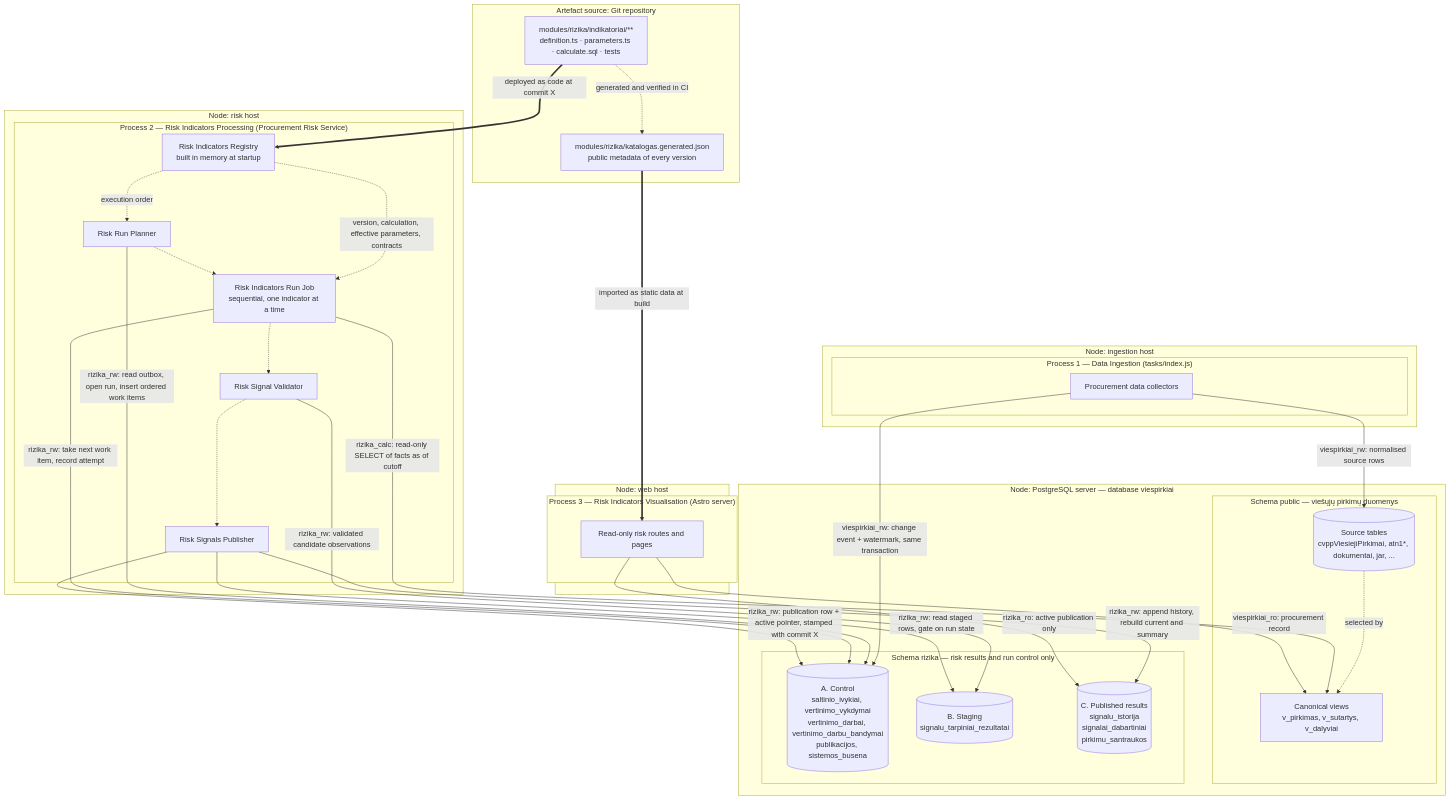
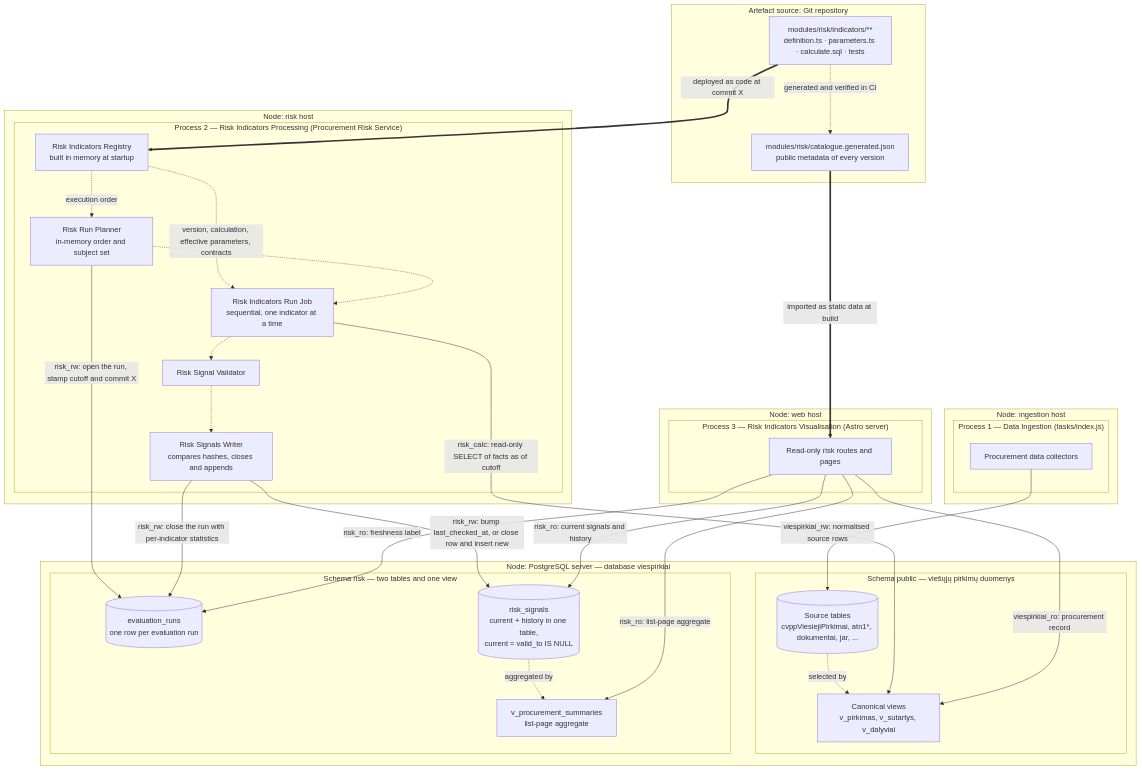
One commit to Viespirkiu-grupe/viespirkiai changed the first of 6 diagrams in docs/indicators-story/risk-indicators-public-page-and-maintenance.md. Above: the diagram before and after it, drawn with Mermaid. The commit also changed other lines of this file and 2 other files, not shown here.

Commit message:
added tables reading description and various doc updates

````diff
--- a/docs/indicators-story/risk-indicators-public-page-and-maintenance.md
+++ b/docs/indicators-story/risk-indicators-public-page-and-maintenance.md
@@ -52,63 +55,62 @@
 ```mermaid
 flowchart TB
     subgraph nGit["Artefact source: Git repository"]
-        gDef["modules/rizika/indikatoriai/**<br/>definition.ts · parameters.ts · calculate.sql · tests"]
-        gCat["modules/rizika/katalogas.generated.json<br/>public metadata of every version"]
+        gDef["modules/risk/indicators/**<br/>definition.ts · parameters.ts · calculate.sql · tests"]
+        gCat["modules/risk/catalogue.generated.json<br/>public metadata of every version"]
         gDef -.->|"generated and verified in CI"| gCat
     end
 
     subgraph nIngest["Node: ingestion host"]
         subgraph pIng["Process 1 — Data Ingestion (tasks/index.js)"]
             pIngest["Procurement data collectors"]
         end
     end
 
     subgraph nRisk["Node: risk host"]
         subgraph pRisk["Process 2 — Risk Indicators Processing (Procurement Risk Service)"]
             pReg["Risk Indicators Registry<br/>built in memory at startup"]
-            pPlan["Risk Run Planner"]
+            pPlan["Risk Run Planner<br/>in-memory order and subject set"]
             pJob["Risk Indicators Run Job<br/>sequential, one indicator at a time"]
             pVal["Risk Signal Validator"]
-            pPub["Risk Signals Publisher"]
+            pPub["Risk Signals Writer<br/>compares hashes, closes and appends"]
             pReg -.->|"execution order"| pPlan
             pReg -.->|"version, calculation, effective parameters, contracts"| pJob
             pPlan -.-> pJob -.-> pVal -.-> pPub
         end
     end
 
     subgraph nWeb["Node: web host"]
         subgraph pVis["Process 3 — Risk Indicators Visualisation (Astro server)"]
             pWeb["Read-only risk routes and pages"]
         end
     end
 
     subgraph nDb["Node: PostgreSQL server — database viespirkiai"]
         subgraph sPublic["Schema public — viešųjų pirkimų duomenys"]
             dSrc[("Source tables<br/>cvppViesiejiPirkimai, atn1*, dokumentai, jar, ...")]
             dView["Canonical views<br/>v_pirkimas, v_sutartys, v_dalyviai"]
             dSrc -.->|"selected by"| dView
         end
-        subgraph sRizika["Schema rizika — risk results and run control only"]
-            dCtl[("A. Control<br/>saltinio_ivykiai, vertinimo_vykdymai<br/>vertinimo_darbai, vertinimo_darbu_bandymai<br/>publikacijos, sistemos_busena")]
-            dStg[("B. Staging<br/>signalu_tarpiniai_rezultatai")]
-            dRes[("C. Published results<br/>signalu_istorija<br/>signalai_dabartiniai<br/>pirkimu_santraukos")]
+        subgraph sRisk["Schema risk — two tables and one view"]
+            dRun[("evaluation_runs<br/>one row per evaluation run")]
+            dSig[("risk_signals<br/>current + history in one table,<br/>current = valid_to IS NULL")]
+            dSum["v_procurement_summaries<br/>list-page aggregate"]
+            dSig -.->|"aggregated by"| dSum
         end
     end
 
     gDef ==>|"deployed as code at commit X"| pReg
     gCat ==>|"imported as static data at build"| pWeb
 
     pIngest -->|"viespirkiai_rw: normalised source rows"| dSrc
-    pIngest -->|"viespirkiai_rw: change event + watermark, same transaction"| dCtl
 
-    pPlan -->|"rizika_rw: read outbox, open run, insert ordered work items"| dCtl
-    pJob -->|"rizika_calc: read-only SELECT of facts as of cutoff"| dView
-    pJob -->|"rizika_rw: take next work item, record attempt"| dCtl
-    pVal -->|"rizika_rw: validated candidate observations"| dStg
-    pPub -->|"rizika_rw: read staged rows, gate on run state"| dStg
-    pPub -->|"rizika_rw: append history, rebuild current and summary"| dRes
-    pPub -->|"rizika_rw: publication row + active pointer, stamped with commit X"| dCtl
+    pPlan -->|"risk_rw: open the run, stamp cutoff and commit X"| dRun
+    pJob -->|"risk_calc: read-only SELECT of facts as of cutoff"| dView
+    pPub -->|"risk_rw: bump last_checked_at, or close row and insert new"| dSig
+    pPub -->|"risk_rw: close the run with per-indicator statistics"| dRun
 
-    pWeb -->|"rizika_ro: active publication only"| dRes
+    pWeb -->|"risk_ro: current signals and history"| dSig
+    pWeb -->|"risk_ro: list-page aggregate"| dSum
+    pWeb -->|"risk_ro: freshness label"| dRun
     pWeb -->|"viespirkiai_ro: procurement record"| dView
 ```
````
